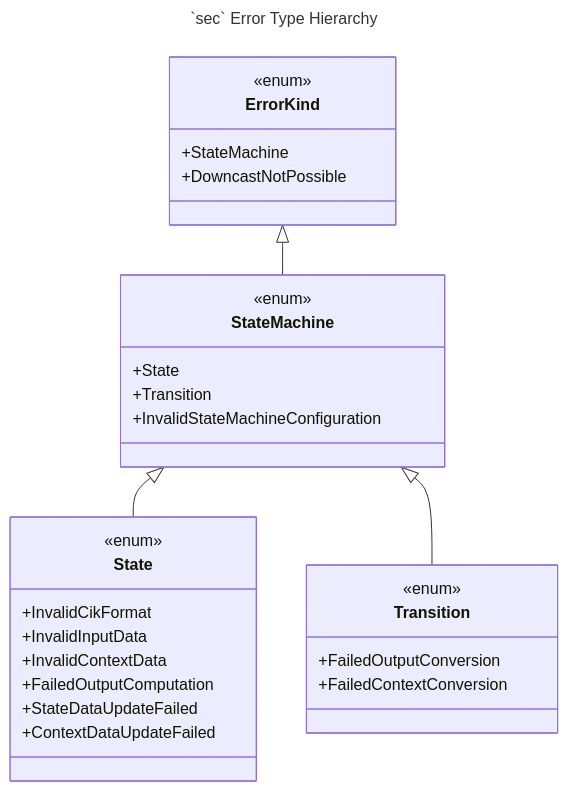
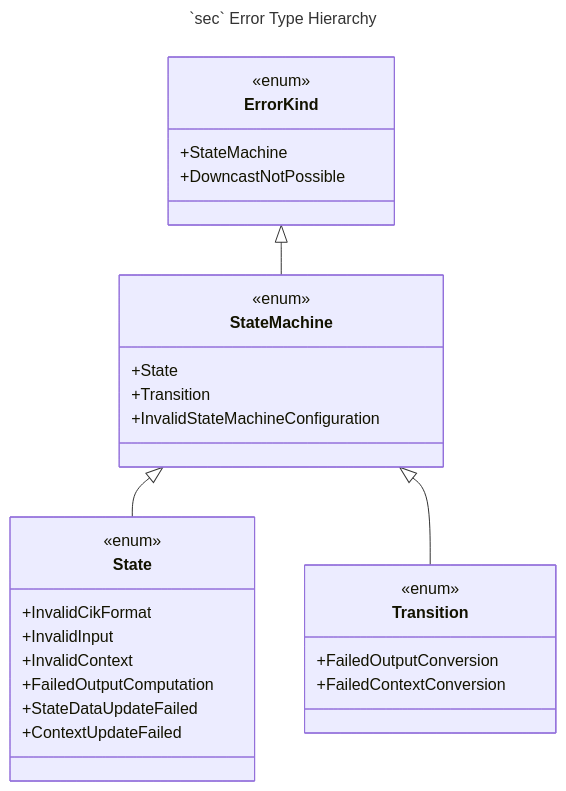
The diagram in sec/design/uml_class_diagram/sec_error_handling.md (ironcapitaleu/arkad), drawn with Mermaid before and after one commit. The commit also changed 31 other files, not shown here.

Commit message:
refactor: rename ContextData to Context in all SEC refs + rename remaining Input/OutputData refs

````diff
--- a/sec/design/uml_class_diagram/sec_error_handling.md
+++ b/sec/design/uml_class_diagram/sec_error_handling.md
@@ -1,45 +1,45 @@
 ```mermaid
 ---
 title: "`sec` Error Type Hierarchy"
 ---
 classDiagram
     class ErrorKind{
         <<enum>>
         %% This is an enum that represents all kinds of errors that are expected in the `sec`package.
         +StateMachine
         +DowncastNotPossible
     }
 
     class State {
         <<enum>>
         %% This is an enum that represents an error in the `sec` package that is caused by a computation that has been done internally inside a `State` in the `StateMachine`.
         +InvalidCikFormat
-        +InvalidInputData
-        +InvalidContextData
+        +InvalidInput
+        +InvalidContext
         +FailedOutputComputation
         +StateDataUpdateFailed
-        +ContextDataUpdateFailed
+        +ContextUpdateFailed
     }
 
 
     class Transition {
         <<enum>>
         %% This is an enum that represents an error which occured during the transition from one `State` in the `StateMachine`to another `State`.
         +FailedOutputConversion
         +FailedContextConversion
     }
 
     class StateMachine{
         <<enum>>
         %% This is an enum that represents an error which occured during the execution of a `StateMachine`. It can either be attributed to a specific `State` computation, a `Transition` between States or a general misconfiguration of the `StateMachine`.
         +State
         +Transition
         +InvalidStateMachineConfiguration
     }
 
     %% Relationships
     ErrorKind <|-- StateMachine
     StateMachine <|-- State
     StateMachine <|-- Transition
     
 ```
````
